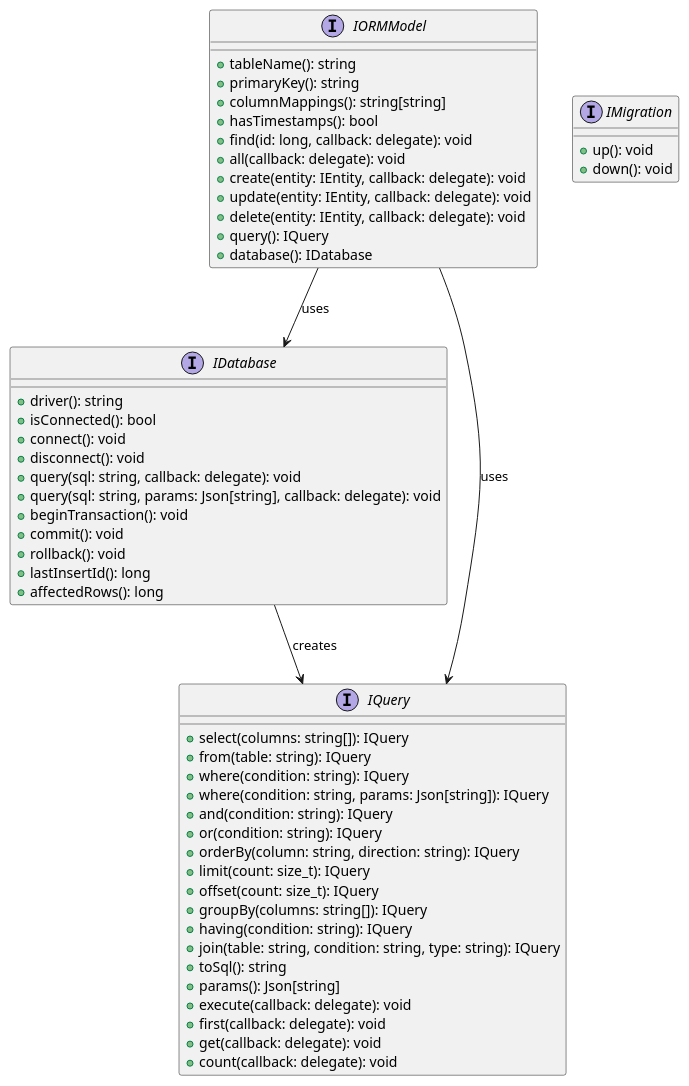
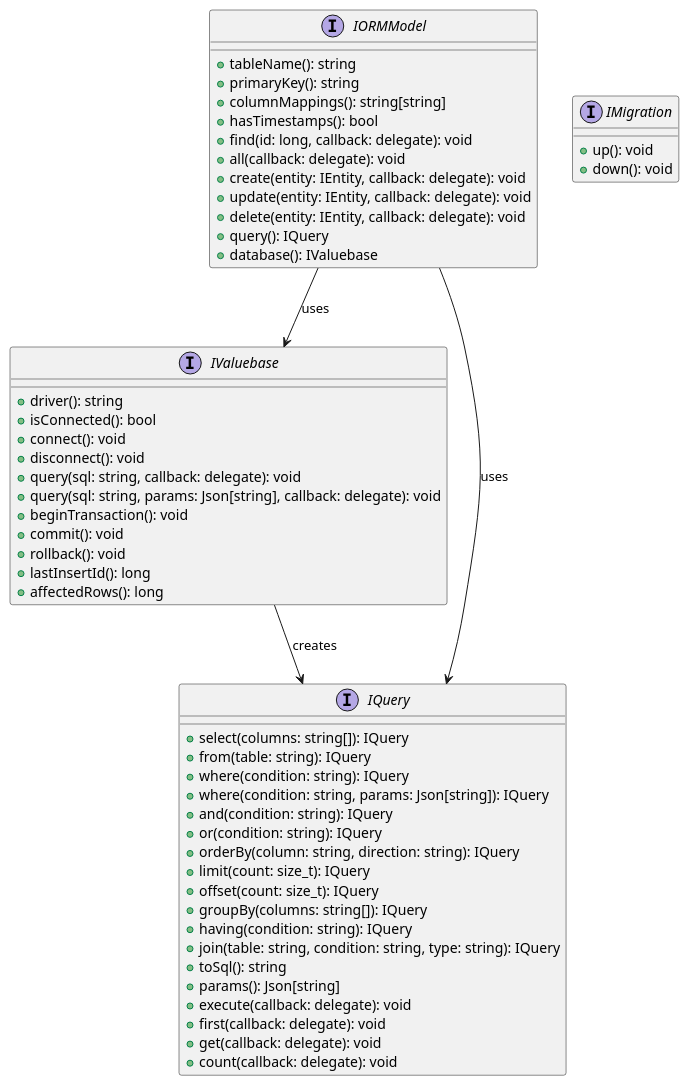
The first of 9 diagrams in orm/UML.md (UIMSolutions/uim-framework), drawn with PlantUML before and after one commit. The commit also changed other lines of this file and 29 other files, not shown here.

Commit message:
Refactor database and ORM interfaces to replace IDatabase with IValuebase for improved consistency and type safety

````diff
--- a/orm/UML.md
+++ b/orm/UML.md
@@ -17,63 +17,63 @@
 ```plantuml
 @startuml ORM_Interfaces
 
-interface IDatabase {
+interface IValuebase {
   + driver(): string
   + isConnected(): bool
   + connect(): void
   + disconnect(): void
   + query(sql: string, callback: delegate): void
   + query(sql: string, params: Json[string], callback: delegate): void
   + beginTransaction(): void
   + commit(): void
   + rollback(): void
   + lastInsertId(): long
   + affectedRows(): long
 }
 
 interface IQuery {
   + select(columns: string[]): IQuery
   + from(table: string): IQuery
   + where(condition: string): IQuery
   + where(condition: string, params: Json[string]): IQuery
   + and(condition: string): IQuery
   + or(condition: string): IQuery
   + orderBy(column: string, direction: string): IQuery
   + limit(count: size_t): IQuery
   + offset(count: size_t): IQuery
   + groupBy(columns: string[]): IQuery
   + having(condition: string): IQuery
   + join(table: string, condition: string, type: string): IQuery
   + toSql(): string
   + params(): Json[string]
   + execute(callback: delegate): void
   + first(callback: delegate): void
   + get(callback: delegate): void
   + count(callback: delegate): void
 }
 
 interface IORMModel {
   + tableName(): string
   + primaryKey(): string
   + columnMappings(): string[string]
   + hasTimestamps(): bool
   + find(id: long, callback: delegate): void
   + all(callback: delegate): void
   + create(entity: IEntity, callback: delegate): void
   + update(entity: IEntity, callback: delegate): void
   + delete(entity: IEntity, callback: delegate): void
   + query(): IQuery
-  + database(): IDatabase
+  + database(): IValuebase
 }
 
 interface IMigration {
   + up(): void
   + down(): void
 }
 
-IDatabase --> IQuery : creates
-IORMModel --> IDatabase : uses
+IValuebase --> IQuery : creates
+IORMModel --> IValuebase : uses
 IORMModel --> IQuery : uses
 
 @enduml
 ```
````
